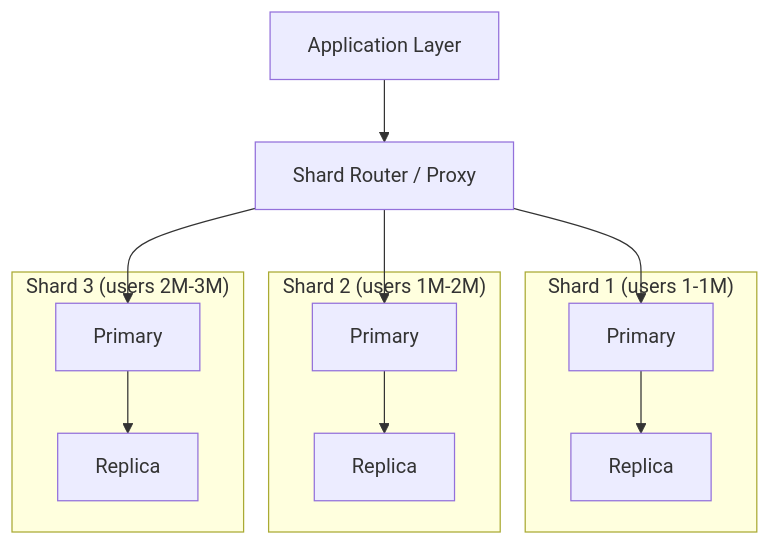
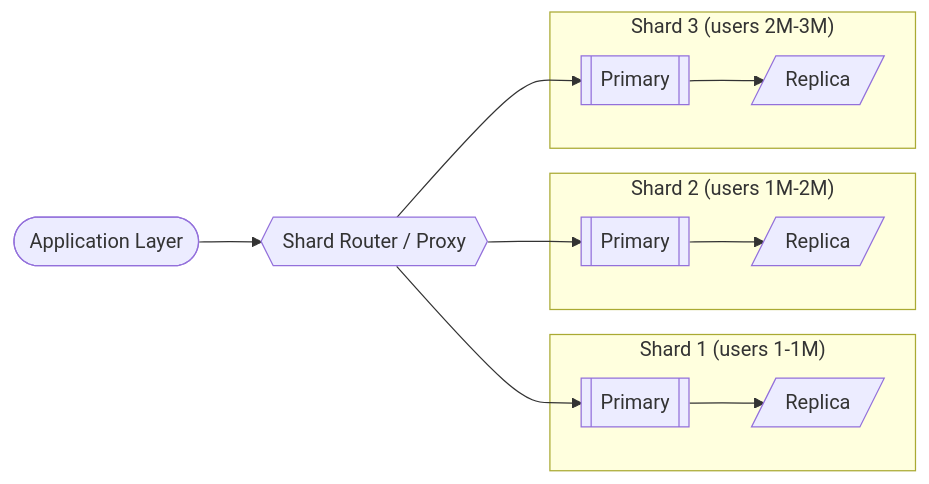
Before and after one commit to saivamsikaruturi/vamsilabs-dev-notes-main: the third of 5 diagrams in docs/postgresql/postgresql.md, drawn with Mermaid. The commit also changed other lines of this file and 146 other files, not shown here.

Commit message:
Horizontal diagrams, UML class diagrams, typography overhaul, and permalink cleanup

````diff
--- a/docs/postgresql/postgresql.md
+++ b/docs/postgresql/postgresql.md
@@ -245,28 +245,28 @@
 ```mermaid
-graph TB
-    App[Application Layer]
-    Router[Shard Router / Proxy]
+flowchart LR
+    App(["Application Layer"])
+    Router{{"Shard Router / Proxy"}}
     
     subgraph "Shard 1 (users 1-1M)"
-        S1P[Primary]
-        S1R[Replica]
+        S1P[["Primary"]]
+        S1R[/"Replica"/]
     end
     
     subgraph "Shard 2 (users 1M-2M)"
-        S2P[Primary]
-        S2R[Replica]
+        S2P[["Primary"]]
+        S2R[/"Replica"/]
     end
     
     subgraph "Shard 3 (users 2M-3M)"
-        S3P[Primary]
-        S3R[Replica]
+        S3P[["Primary"]]
+        S3R[/"Replica"/]
     end
     
     App --> Router
     Router --> S1P
     Router --> S2P
     Router --> S3P
     S1P --> S1R
     S2P --> S2R
     S3P --> S3R
 ```
````
